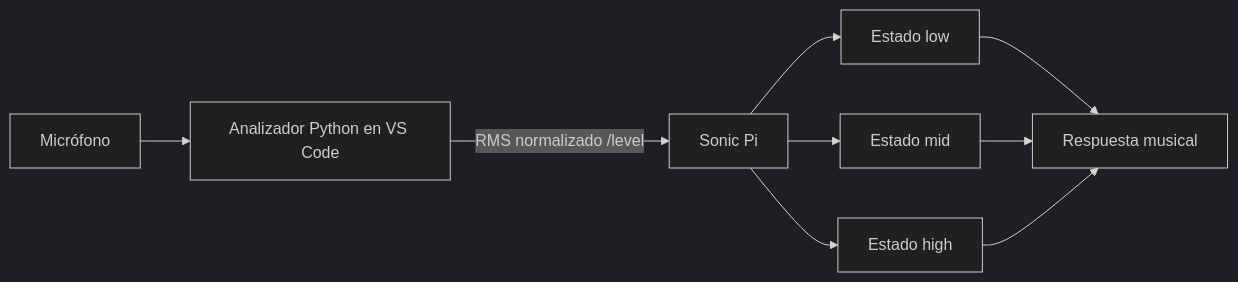
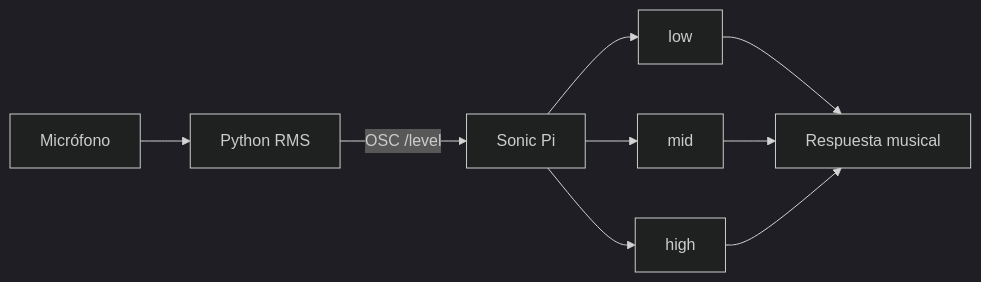
One commit to umarquez/glitxtober-automation-scripts changed the diagram in hammerspoon/episodes/09-computadora-escucha-responde/README.md. Above: the diagram before and after it, drawn with Mermaid (dark theme). The commit also changed other lines of this file and 34 other files, not shown here.

````diff
--- a/hammerspoon/episodes/09-computadora-escucha-responde/README.md
+++ b/hammerspoon/episodes/09-computadora-escucha-responde/README.md
@@ -9,11 +9,11 @@
 ```mermaid
 flowchart LR
-  M[Micrófono] --> P[Analizador Python en VS Code]
-  P -->|RMS normalizado /level| S[Sonic Pi]
-  S --> L[Estado low]
-  S --> D[Estado mid]
-  S --> H[Estado high]
+  M[Micrófono] --> P[Python RMS]
+  P -->|OSC /level| S[Sonic Pi]
+  S --> L[low]
+  S --> D[mid]
+  S --> H[high]
   L --> A[Respuesta musical]
   D --> A
   H --> A
 ```
````
